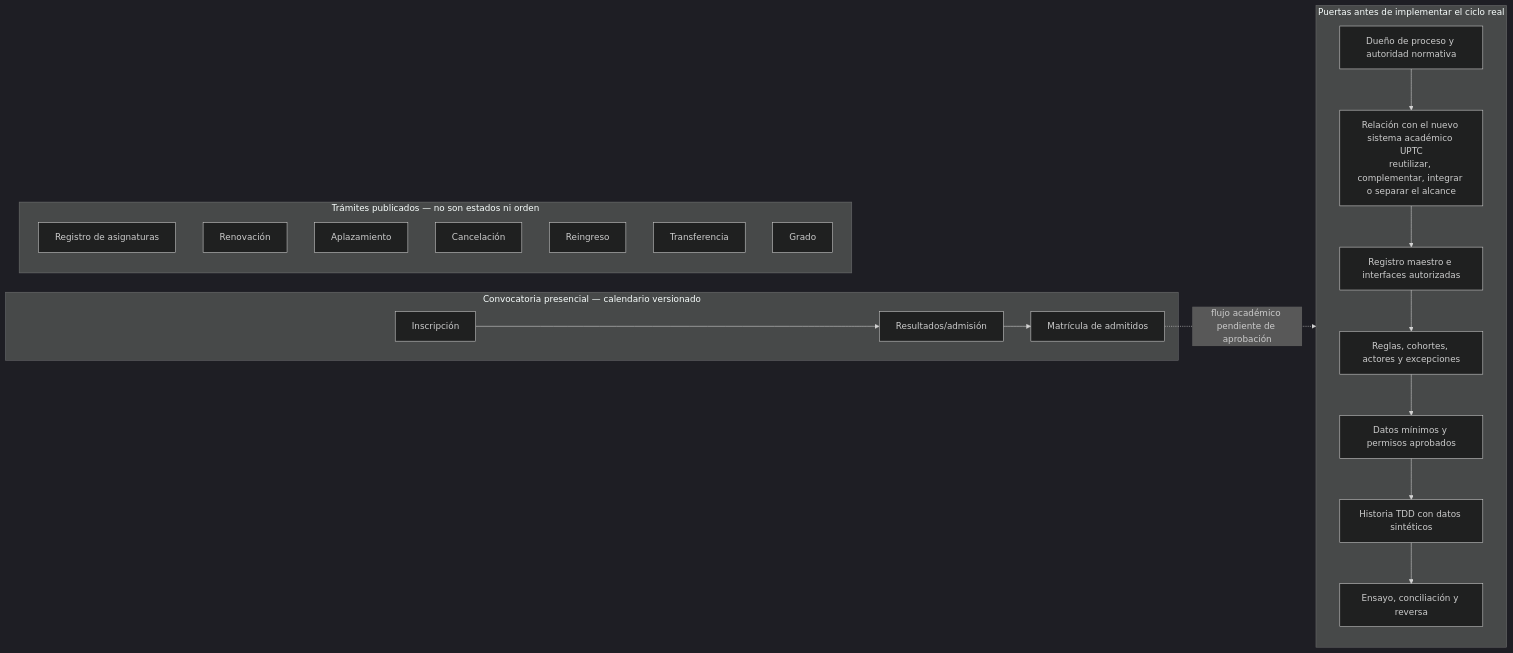
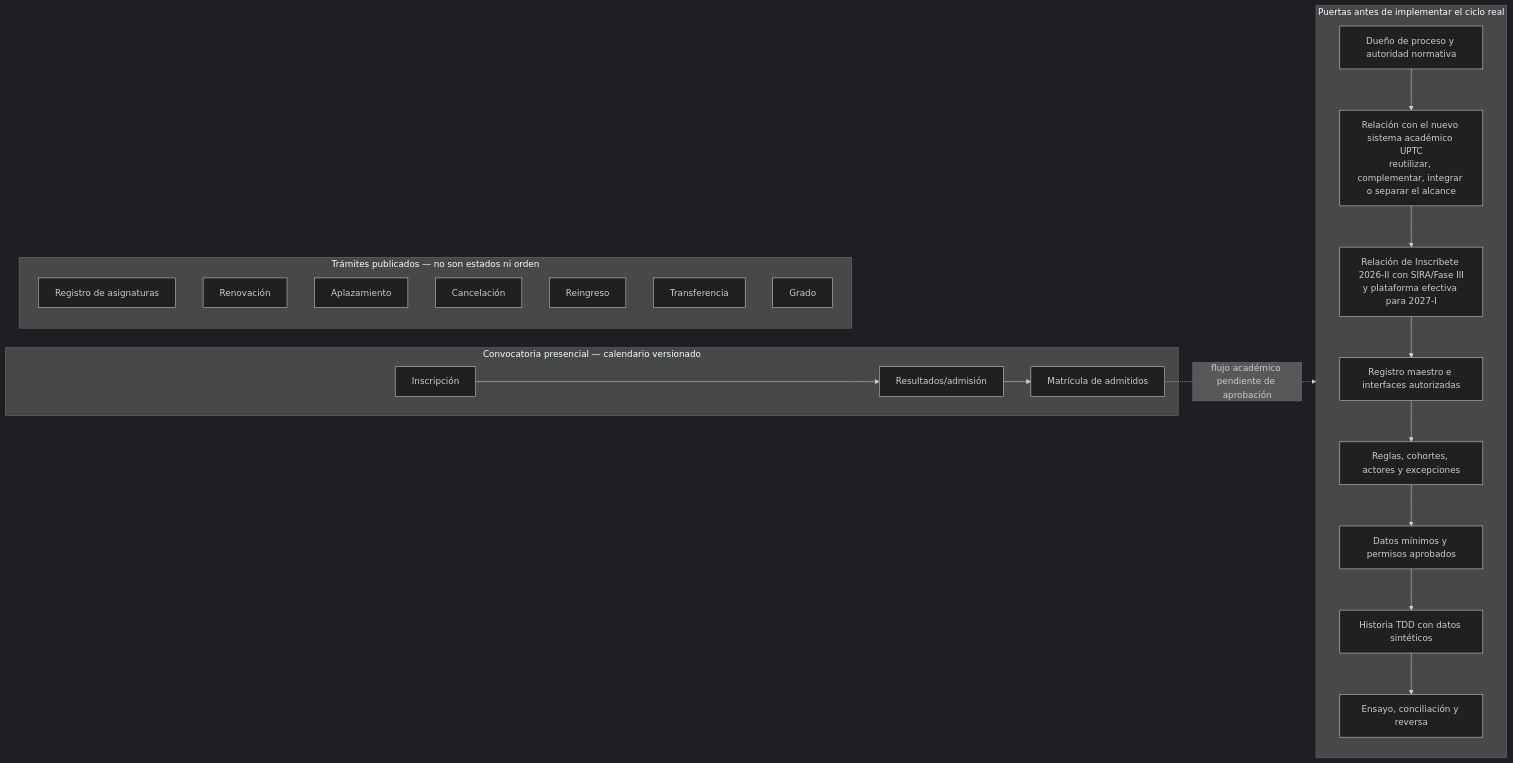
The second of 16 diagrams in docs/architecture/process-flows.md (jdsalasca/open-university-backend), drawn with Mermaid (dark theme) before and after one commit. The commit also changed other lines of this file and 8 other files, not shown here.

````diff
--- a/docs/architecture/process-flows.md
+++ b/docs/architecture/process-flows.md
@@ -53,32 +53,33 @@
 ```mermaid
 flowchart LR
   subgraph Convocatoria[Convocatoria presencial — calendario versionado]
     Apply[Inscripción]
     Results[Resultados/admisión]
     Enroll[Matrícula de admitidos]
     Apply --> Results --> Enroll
   end
 
   Enroll -. flujo académico pendiente de aprobación .-> Discovery
 
   subgraph Discovery[Puertas antes de implementar el ciclo real]
     Owner[Dueño de proceso y autoridad normativa]
     Initiative[Relación con el nuevo sistema académico UPTC<br/>reutilizar, complementar, integrar o separar el alcance]
+    Inscribete[Relación de Inscríbete 2026-II con SIRA/Fase III<br/>y plataforma efectiva para 2027-I]
     Source[Registro maestro e interfaces autorizadas]
     Rules[Reglas, cohortes, actores y excepciones]
     Contract[Datos mínimos y permisos aprobados]
     Tests[Historia TDD con datos sintéticos]
     Reconcile[Ensayo, conciliación y reversa]
-    Owner --> Initiative --> Source --> Rules --> Contract --> Tests --> Reconcile
+    Owner --> Initiative --> Inscribete --> Source --> Rules --> Contract --> Tests --> Reconcile
   end
 
   subgraph StudentServices[Trámites publicados — no son estados ni orden]
     Registration[Registro de asignaturas]
     Renewal[Renovación]
     Defer[Aplazamiento]
     Cancel[Cancelación]
     Reentry[Reingreso]
     Transfer[Transferencia]
     Graduation[Grado]
   end
 ```
````
